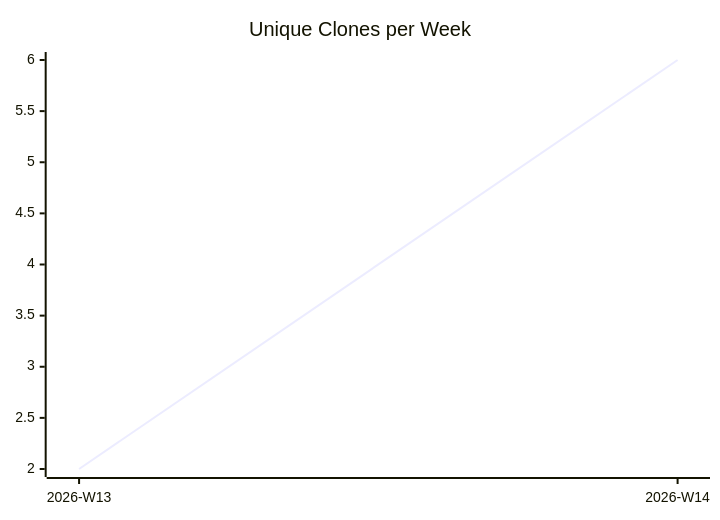
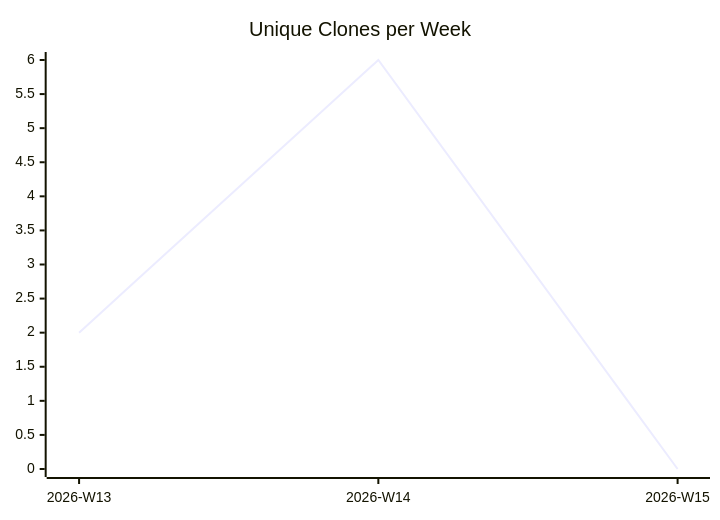
One commit to justdavis-family/github-analytics-data changed the third of 3 diagrams in karlmdavis/obsidian-operator/README.md. Above: the diagram before and after it, drawn with Mermaid. The commit also changed other lines of this file and 190 other files, not shown here.

````diff
--- a/karlmdavis/obsidian-operator/README.md
+++ b/karlmdavis/obsidian-operator/README.md
@@ -19,6 +19,6 @@
 ```mermaid
 xychart-beta
   title "Unique Clones per Week"
-  x-axis ["2026-W13", "2026-W14"]
-  line [2, 6]
+  x-axis ["2026-W13", "2026-W14", "2026-W15"]
+  line [2, 6, 0]
 ```
````
